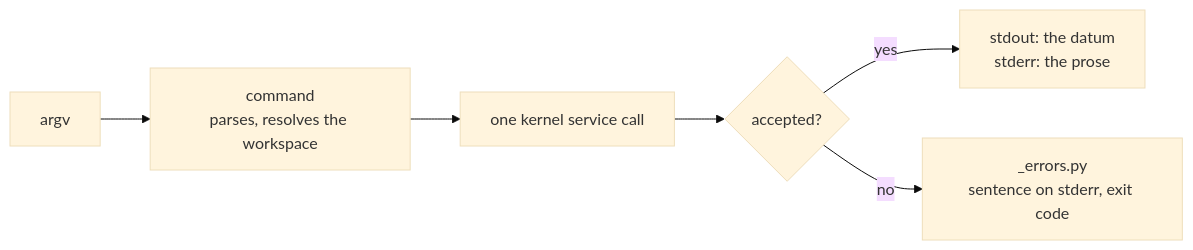
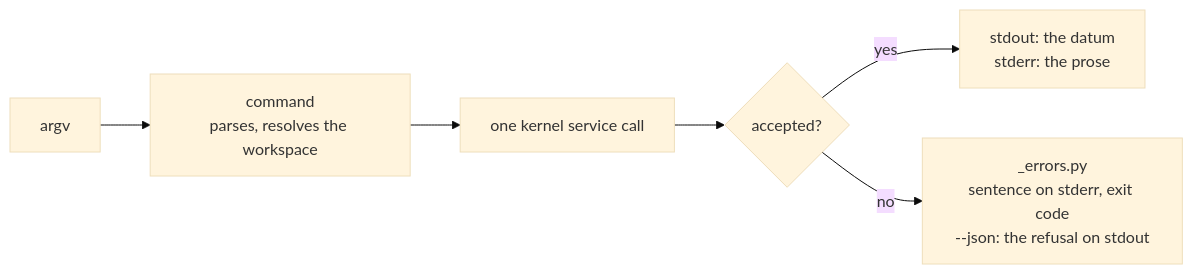
The diagram in docs/content/architecture/backend/cli.md (Robomous/VisionSet), drawn with Mermaid (base theme) before and after one commit. The commit also changed 44 other files, not shown here.

First line of the commit message:
feat: surface the same refusal code and detail on CLI and MCP, add the blocking-assets lookup, name the actor (#907)

````diff
--- a/docs/content/architecture/backend/cli.md
+++ b/docs/content/architecture/backend/cli.md
@@ -10,8 +10,8 @@
 ```mermaid
 flowchart LR
     Argv["argv"] --> Cmd["command\nparses, resolves the workspace"]
     Cmd --> Svc["one kernel service call"]
     Svc --> Ok{"accepted?"}
     Ok -->|yes| Out["stdout: the datum\nstderr: the prose"]
-    Ok -->|no| Err["_errors.py\nsentence on stderr, exit code"]
+    Ok -->|no| Err["_errors.py\nsentence on stderr, exit code\n--json: the refusal on stdout"]
 ```
````
